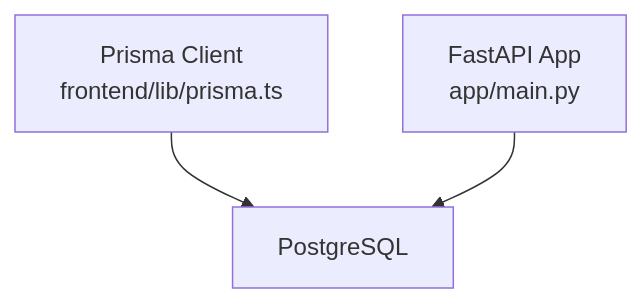
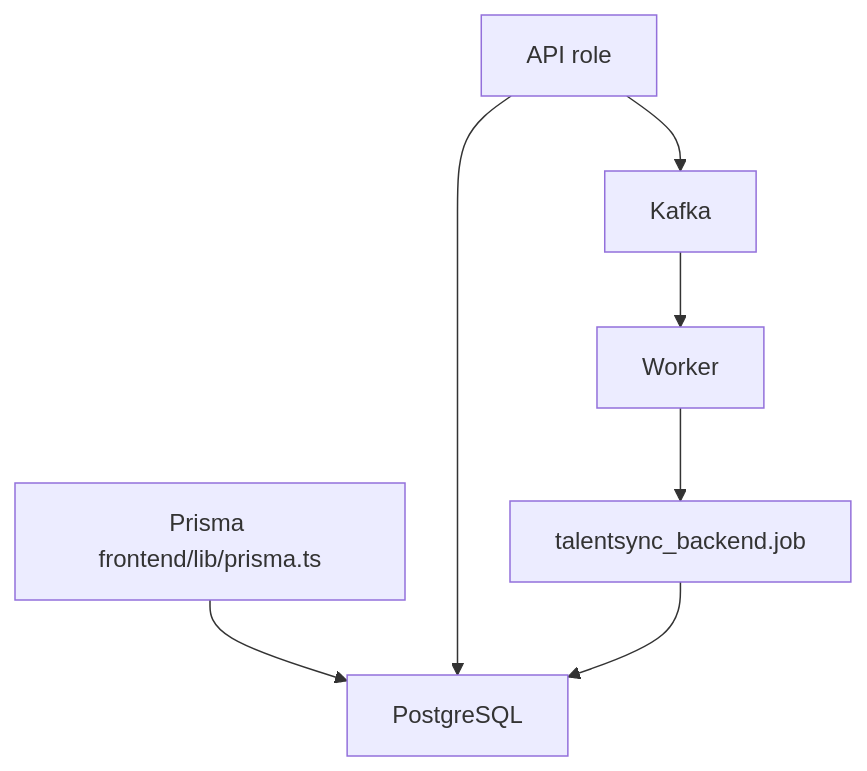
Before and after one commit to tashifkhan/tashif.codes: the sixth of 6 diagrams in src/data/docs/talentsync/Project Overview/Technical Architecture Overview.md, drawn with Mermaid. The commit also changed other lines of this file and 2128 other files, not shown here.

First line of the commit message:
docs: replace raster diagram images with native Mermaid across project guides

````diff
--- a/src/data/docs/talentsync/Project Overview/Technical Architecture Overview.md
+++ b/src/data/docs/talentsync/Project Overview/Technical Architecture Overview.md
@@ -144,8 +133,15 @@
 ```mermaid
 graph TB
-Prisma["Prisma Client<br/>frontend/lib/prisma.ts"]
+Prisma["Prisma frontend/lib/prisma.ts"]
 DB["PostgreSQL"]
-Backend["FastAPI App<br/>app/main.py"]
+API["API role"]
+W["Worker"]
+K["Kafka"]
+Jobs["talentsync_backend.job"]
 Prisma --> DB
-Backend --> DB
+API --> DB
+API --> K
+K --> W
+W --> Jobs
+Jobs --> DB
 ```
````
